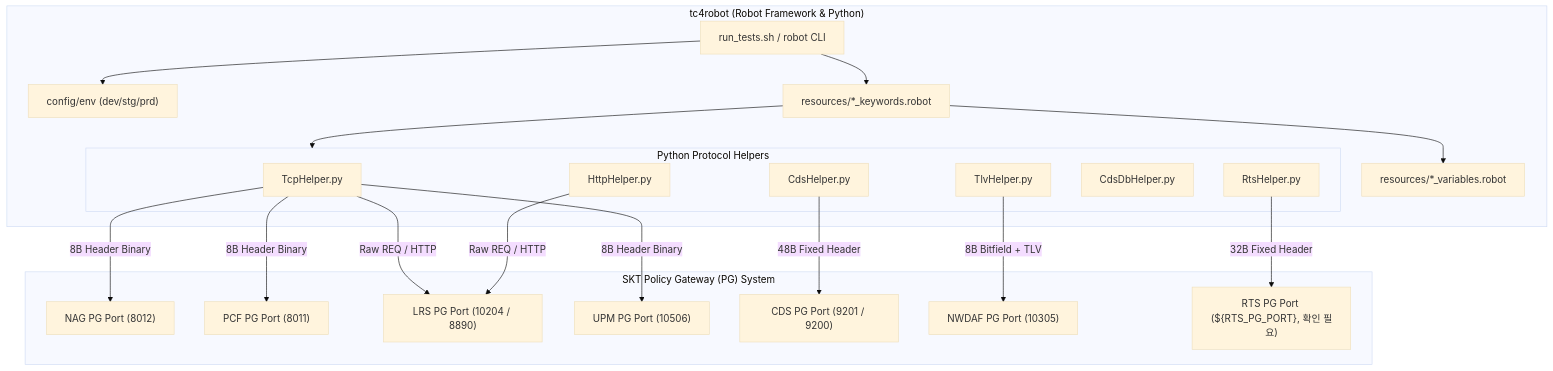
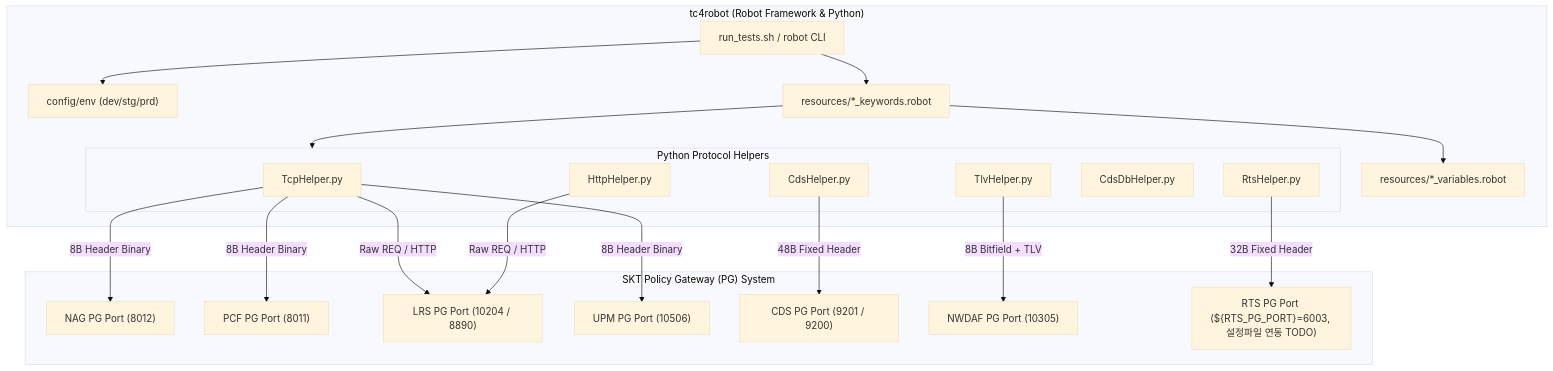
One commit to IanKim2030/tc4robot changed the diagram in docs/ARCHITECTURE.md. Above: the diagram before and after it, drawn with Mermaid (base theme). The commit also changed other lines of this file and 8 other files, not shown here.

````diff
--- a/docs/ARCHITECTURE.md
+++ b/docs/ARCHITECTURE.md
@@ -14,41 +14,41 @@
 ```mermaid
 flowchart TD
     subgraph TestRunner ["tc4robot (Robot Framework & Python)"]
         CLI["run_tests.sh / robot CLI"]
         ENV["config/env (dev/stg/prd)"]
         KW["resources/*_keywords.robot"]
         VAR["resources/*_variables.robot"]
 
         subgraph Helpers ["Python Protocol Helpers"]
             TCP["TcpHelper.py"]
             TLV["TlvHelper.py"]
             CDS_H["CdsHelper.py"]
             HTTP["HttpHelper.py"]
             CDS_DB["CdsDbHelper.py"]
             RTS_H["RtsHelper.py"]
         end
     end
 
     subgraph TargetPG ["SKT Policy Gateway (PG) System"]
         NAG_PG["NAG PG Port (8012)"]
         PCF_PG["PCF PG Port (8011)"]
         LRS_PG["LRS PG Port (10204 / 8890)"]
         UPM_PG["UPM PG Port (10506)"]
         CDS_PG["CDS PG Port (9201 / 9200)"]
         NWDAF_PG["NWDAF PG Port (10305)"]
-        RTS_PG["RTS PG Port (${RTS_PG_PORT}, 확인 필요)"]
+        RTS_PG["RTS PG Port (${RTS_PG_PORT}=6003, 설정파일 연동 TODO)"]
     end
 
     CLI --> ENV
     CLI --> KW
     KW --> VAR
     KW --> Helpers
 
     TCP -->|"8B Header Binary"| NAG_PG
     TCP -->|"8B Header Binary"| PCF_PG
     TCP & HTTP -->|"Raw REQ / HTTP"| LRS_PG
     TCP -->|"8B Header Binary"| UPM_PG
     CDS_H -->|"48B Fixed Header"| CDS_PG
     TLV -->|"8B Bitfield + TLV"| NWDAF_PG
     RTS_H -->|"32B Fixed Header"| RTS_PG
 ```
````
